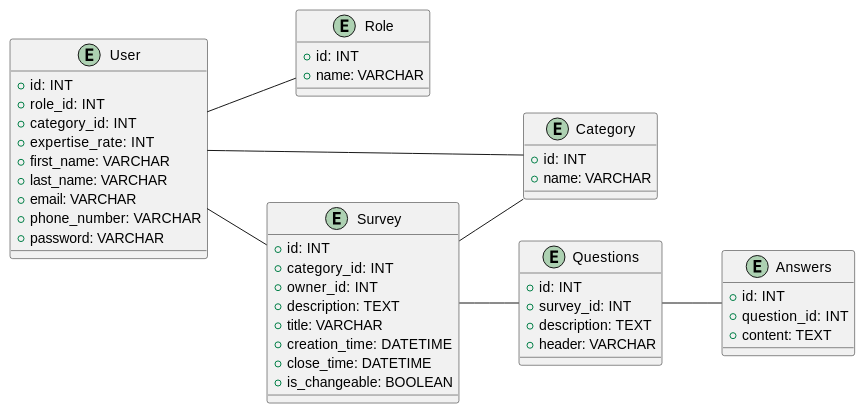
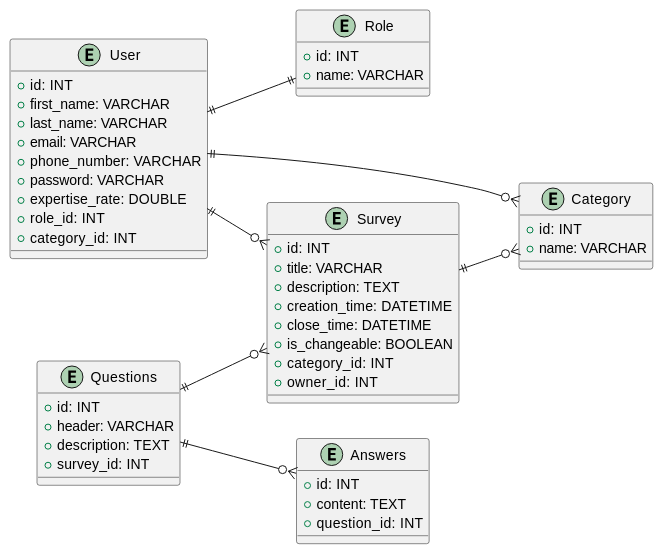
One commit to generalmaks/db_labs changed the second of 2 diagrams in docs/design.md. Above: the diagram before and after it, drawn with PlantUML.

Commit message:
Fix ER model

````diff
--- a/docs/design.md
+++ b/docs/design.md
@@ -98,60 +98,60 @@
 ```plantuml
 @startuml
 
 left to right direction
   
   entity "Role" {
     + id: INT
     + name: VARCHAR
   }
   
   entity "User" {
-    + id: INT
-    + role_id: INT
-    + category_id: INT 
-    + expertise_rate: INT
+    + id: INT 
     + first_name: VARCHAR
     + last_name: VARCHAR
     + email: VARCHAR
     + phone_number: VARCHAR
     + password: VARCHAR
+    + expertise_rate: DOUBLE
+    + role_id: INT
+    + category_id: INT
   }
   
   entity "Category" {
     + id: INT
     + name: VARCHAR
   }
   
   entity "Survey" {
     + id: INT
-    + category_id: INT
-    + owner_id: INT
+    + title: VARCHAR
     + description: TEXT
-    + title: VARCHAR
     + creation_time: DATETIME 
     + close_time: DATETIME
     + is_changeable: BOOLEAN
+    + category_id: INT 
+    + owner_id: INT
   }
   
   entity "Questions" {
     + id: INT
-    + survey_id: INT    
+    + header: VARCHAR
     + description: TEXT
-    + header: VARCHAR
+    + survey_id: INT
   }
   
   entity "Answers" {
     + id: INT
+    + content: TEXT
     + question_id: INT
-    + content: TEXT
   }
   
-  "User" -- "Role"
-  "User" -- "Category"
-  "User" -- "Survey"
-  "Survey" -- "Questions"
-  "Questions" -- "Answers"
-  "Survey" -- "Category"
+  "User" ||--|| "Role"
+  "User" ||--o{ "Category"
+  "User" ||--o{ "Survey"
+  "Questions" ||--o{ "Survey"
+  "Questions" ||--o{ "Answers"
+  "Survey" ||--o{ "Category"
 
 @enduml
 ```
````
